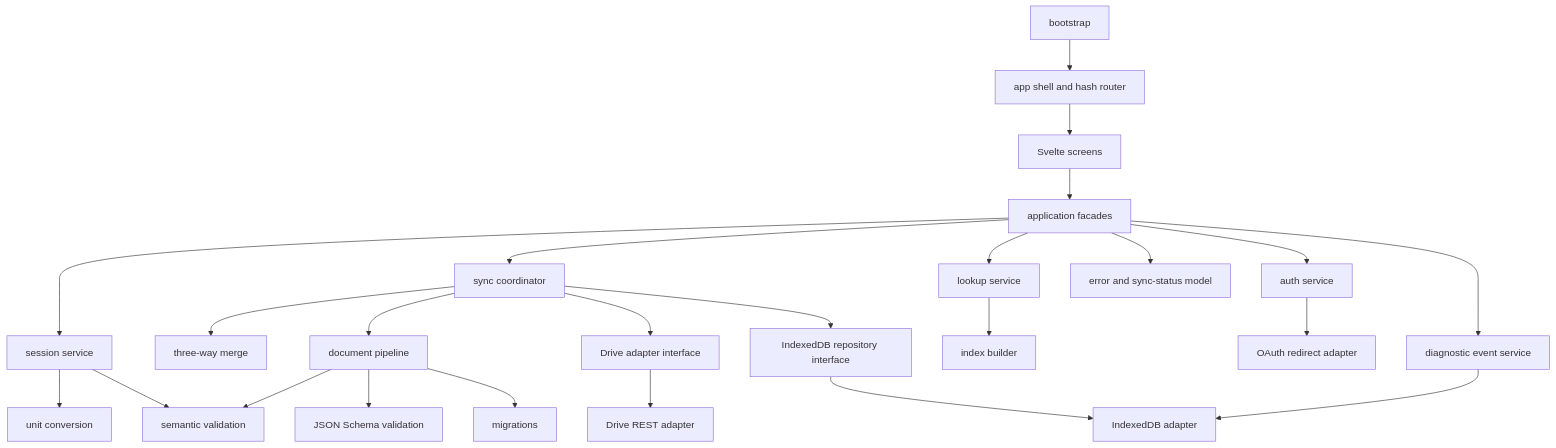
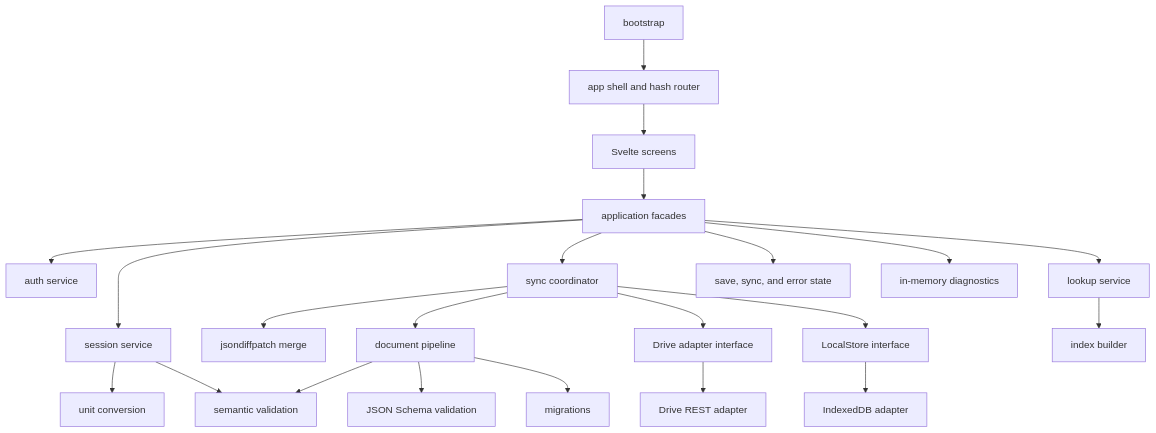
The second of 2 diagrams in docs/ARCHITECTURE.md (Pettibyte/RepJot), drawn with Mermaid before and after one commit. The commit also changed other lines of this file and 12 other files, not shown here.

````diff
--- a/docs/ARCHITECTURE.md
+++ b/docs/ARCHITECTURE.md
@@ -160,26 +167,24 @@
 ```mermaid
 flowchart TD
   Boot[bootstrap] --> Shell[app shell and hash router]
   Shell --> Screens[Svelte screens]
   Screens --> Facades[application facades]
+  Facades --> Auth[auth service]
   Facades --> Session[session service]
   Facades --> Sync[sync coordinator]
   Facades --> Lookup[lookup service]
-  Facades --> Auth[auth service]
   Session --> Units[unit conversion]
   Session --> Sem[semantic validation]
-  Sync --> Merge[three-way merge]
+  Sync --> Merge[jsondiffpatch merge]
   Sync --> Load[document pipeline]
   Load --> Schema[JSON Schema validation]
   Load --> Migration[migrations]
   Load --> Sem
   Sync --> Drive[Drive adapter interface]
-  Sync --> Repo[IndexedDB repository interface]
+  Sync --> Store[LocalStore interface]
+  Drive --> DriveAdapter[Drive REST adapter]
+  Store --> IDB[IndexedDB adapter]
   Lookup --> Index[index builder]
-  Drive --> DriveAdapter[Drive REST adapter]
-  Repo --> IDB[IndexedDB adapter]
-  Auth --> OAuth[OAuth redirect adapter]
-  Facades --> Status[error and sync-status model]
-  Facades --> Diag[diagnostic event service]
-  Diag --> IDB
+  Facades --> Status[save, sync, and error state]
+  Facades --> Diag[in-memory diagnostics]
 ```
````
